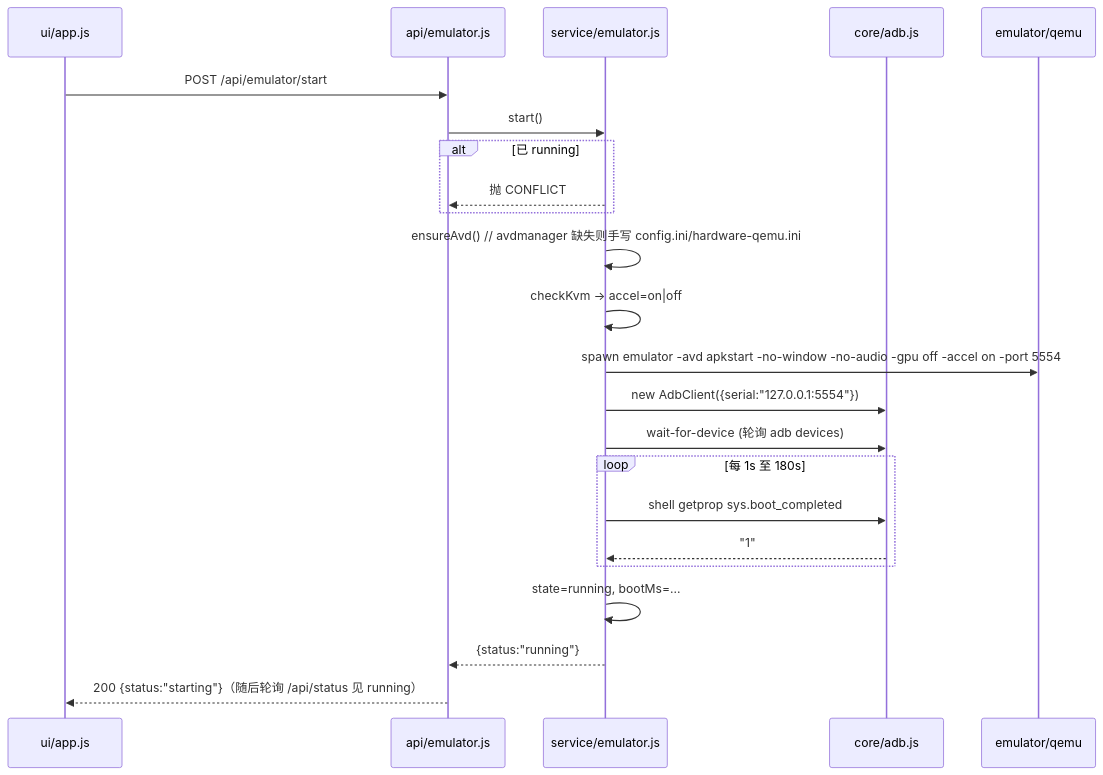
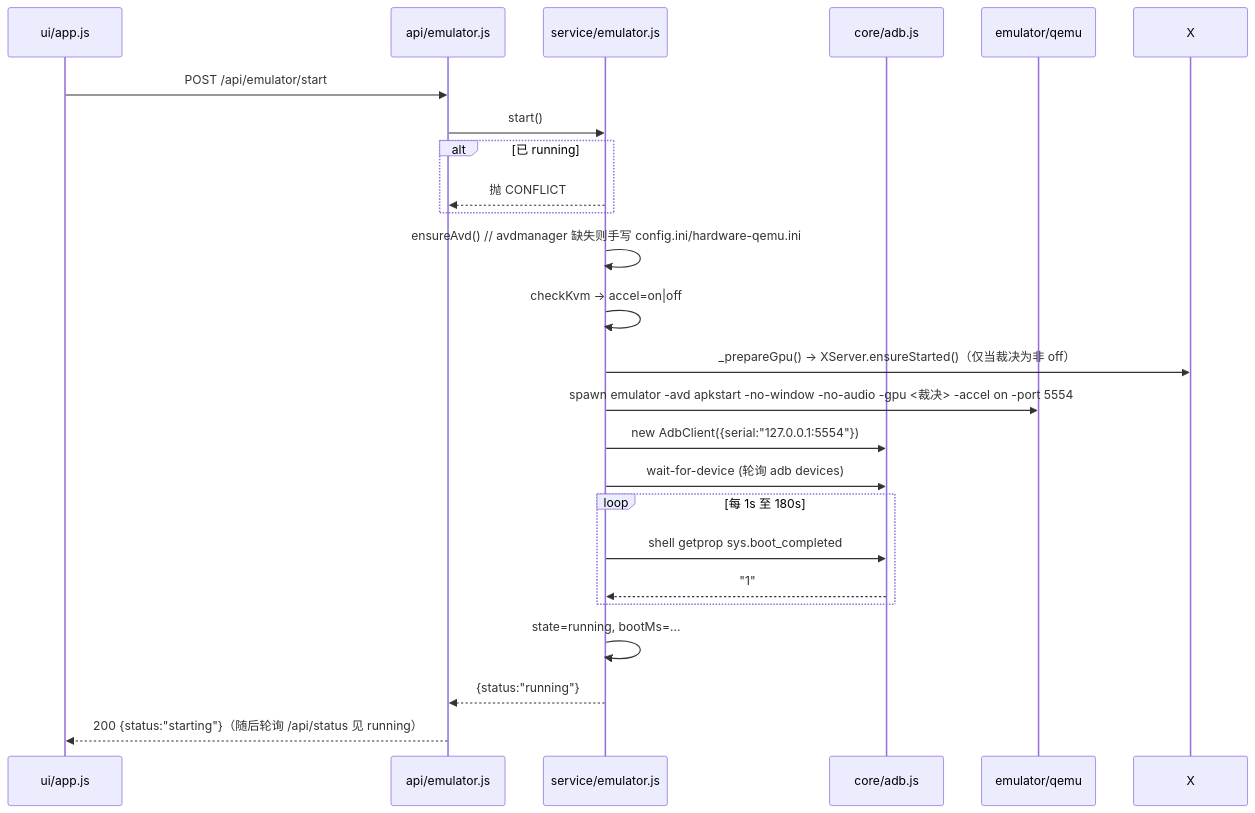
One commit to TaroCats/apkstart changed the third of 6 diagrams in docs/fnos/ARCH.md. Above: the diagram before and after it, drawn with Mermaid. The commit also changed other lines of this file and 11 other files, not shown here.

````diff
--- a/docs/fnos/ARCH.md
+++ b/docs/fnos/ARCH.md
@@ -345,26 +349,27 @@
 ```mermaid
 sequenceDiagram
   participant UI as ui/app.js
   participant API as api/emulator.js
   participant E as service/emulator.js
   participant A as core/adb.js
   participant Q as emulator/qemu
 
   UI->>API: POST /api/emulator/start
   API->>E: start()
   alt 已 running
     E-->>API: 抛 CONFLICT
   end
   E->>E: ensureAvd()  // avdmanager 缺失则手写 config.ini/hardware-qemu.ini
   E->>E: checkKvm → accel=on|off
-  E->>Q: spawn emulator -avd apkstart -no-window -no-audio -gpu off -accel on -port 5554
+  E->>X: _prepareGpu() → XServer.ensureStarted()（仅当裁决为非 off）
+  E->>Q: spawn emulator -avd apkstart -no-window -no-audio -gpu <裁决> -accel on -port 5554
   E->>A: new AdbClient({serial:"127.0.0.1:5554"})
   E->>A: wait-for-device (轮询 adb devices)
   loop 每 1s 至 180s
     E->>A: shell getprop sys.boot_completed
     A-->>E: "1"
   end
   E->>E: state=running, bootMs=…
   E-->>API: {status:"running"}
   API-->>UI: 200 {status:"starting"}（随后轮询 /api/status 见 running）
 ```
````
